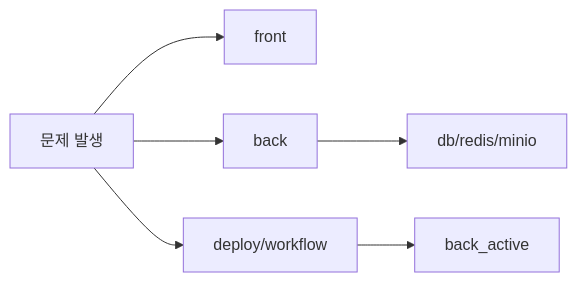
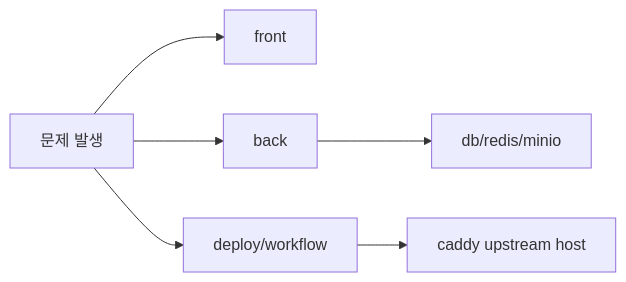
One commit to AquilaXk/aquila-blog changed the diagram in docs/session-handoff.md. Above: the diagram before and after it, drawn with Mermaid. The commit also changed other lines of this file and 6 other files, not shown here.

````diff
--- a/docs/session-handoff.md
+++ b/docs/session-handoff.md
@@ -22,8 +22,8 @@
 ```mermaid
 flowchart LR
     Issue["문제 발생"] --> Front["front"]
     Issue --> Back["back"]
     Issue --> Deploy["deploy/workflow"]
     Back --> DB["db/redis/minio"]
-    Deploy --> Alias["back_active"]
+    Deploy --> Alias["caddy upstream host"]
 ```
````
